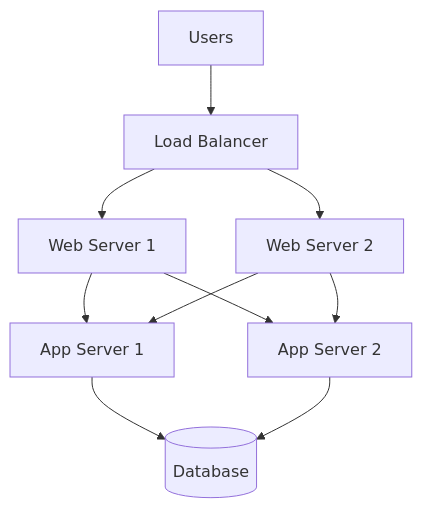
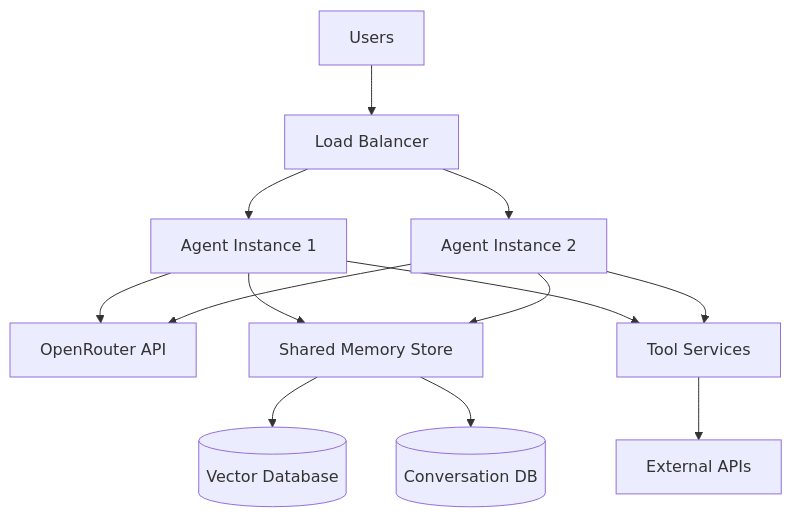
Before and after one commit to jwynia/mastra-context-network: the fifth of 5 diagrams in context-network/foundation/system_overview.md, drawn with Mermaid. The commit also changed other lines of this file and 19 other files, not shown here.

````diff
--- a/context-network/foundation/system_overview.md
+++ b/context-network/foundation/system_overview.md
@@ -130,12 +182,19 @@
 ```mermaid
 flowchart TD
-    User[Users] --> LB[Load Balancer]
-    LB --> WebServer1[Web Server 1]
-    LB --> WebServer2[Web Server 2]
-    WebServer1 --> AppServer1[App Server 1]
-    WebServer2 --> AppServer1
-    WebServer1 --> AppServer2[App Server 2]
-    WebServer2 --> AppServer2
-    AppServer1 --> DB[(Database)]
-    AppServer2 --> DB
+    Users[Users] --> LoadBalancer[Load Balancer]
+    LoadBalancer --> AgentInstance1[Agent Instance 1]
+    LoadBalancer --> AgentInstance2[Agent Instance 2]
+    
+    AgentInstance1 --> OpenRouter[OpenRouter API]
+    AgentInstance2 --> OpenRouter
+    
+    AgentInstance1 --> SharedMemory[Shared Memory Store]
+    AgentInstance2 --> SharedMemory
+    
+    AgentInstance1 --> ToolServices[Tool Services]
+    AgentInstance2 --> ToolServices
+    
+    ToolServices --> ExternalAPIs[External APIs]
+    SharedMemory --> VectorDB[(Vector Database)]
+    SharedMemory --> ConversationDB[(Conversation DB)]
 ```
````
